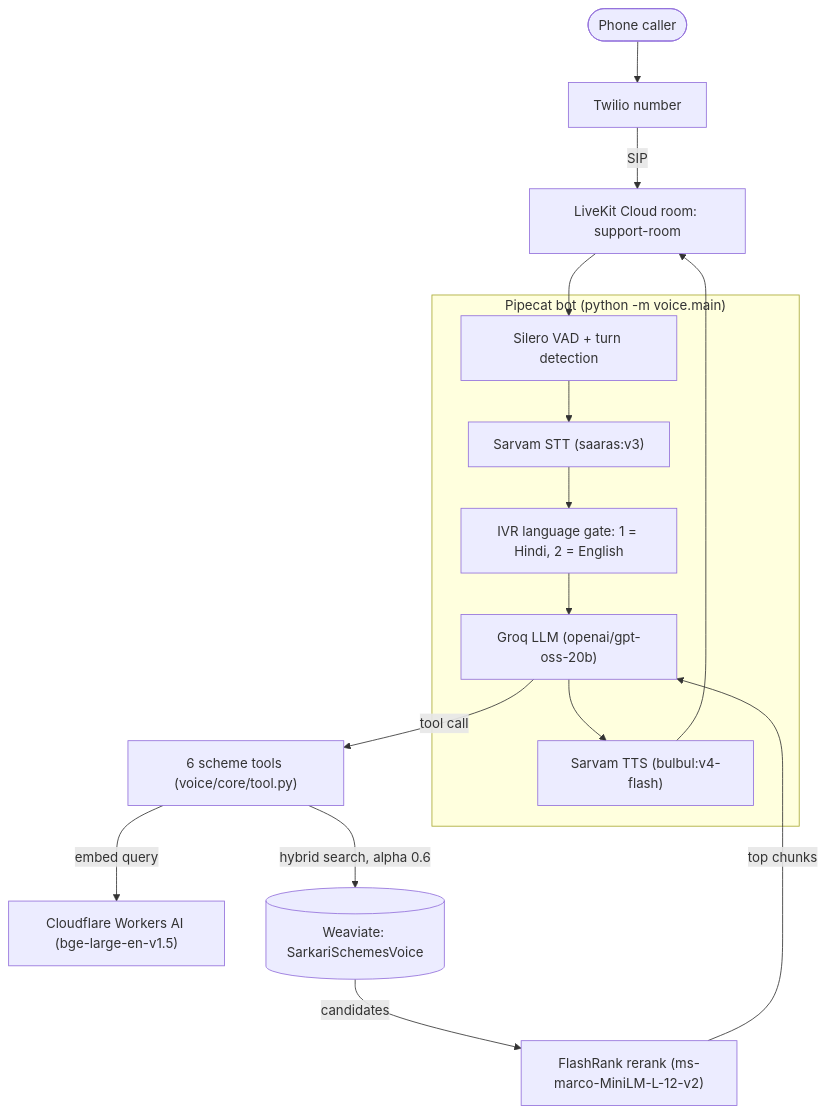
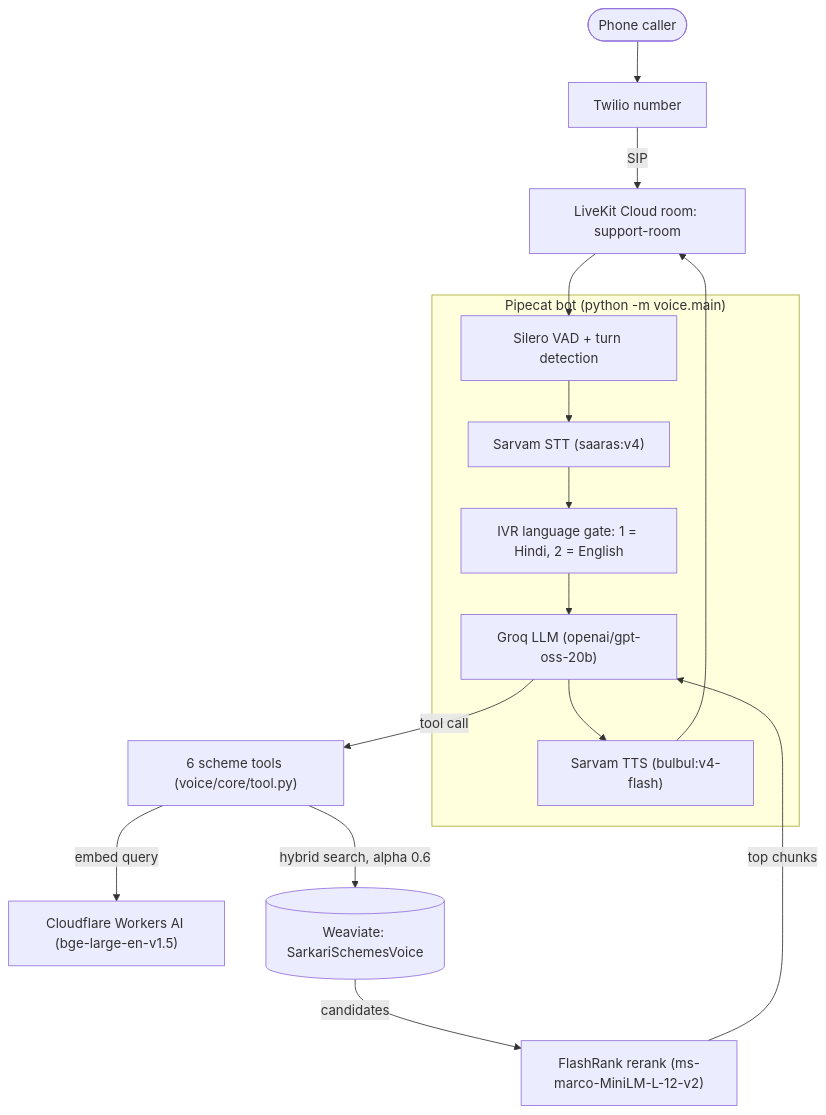
Before and after one commit to Parth-KG/Sarkari-Sahayak: the diagram in README.md, drawn with Mermaid. The commit also changed other lines of this file and 5 other files, not shown here.

First line of the commit message:
Switch speech-to-text to Sarvam saaras:v4

````diff
--- a/README.md
+++ b/README.md
@@ -102,20 +102,20 @@
 ```mermaid
 flowchart TD
     caller(["Phone caller"]) --> twilio["Twilio number"]
     twilio -- "SIP" --> lk["LiveKit Cloud room: support-room"]
     lk --> vad
 
     subgraph bot ["Pipecat bot (python -m voice.main)"]
-        vad["Silero VAD + turn detection"] --> stt["Sarvam STT (saaras:v3)"]
+        vad["Silero VAD + turn detection"] --> stt["Sarvam STT (saaras:v4)"]
         stt --> ivr["IVR language gate: 1 = Hindi, 2 = English"]
         ivr --> llm["Groq LLM (openai/gpt-oss-20b)"]
         llm --> tts["Sarvam TTS (bulbul:v4-flash)"]
     end
 
     tts --> lk
     llm -- "tool call" --> tools["6 scheme tools (voice/core/tool.py)"]
     tools -- "embed query" --> cf["Cloudflare Workers AI (bge-large-en-v1.5)"]
     tools -- "hybrid search, alpha 0.6" --> wv[("Weaviate: SarkariSchemesVoice")]
     wv -- "candidates" --> rr["FlashRank rerank (ms-marco-MiniLM-L-12-v2)"]
     rr -- "top chunks" --> llm
 ```
````
